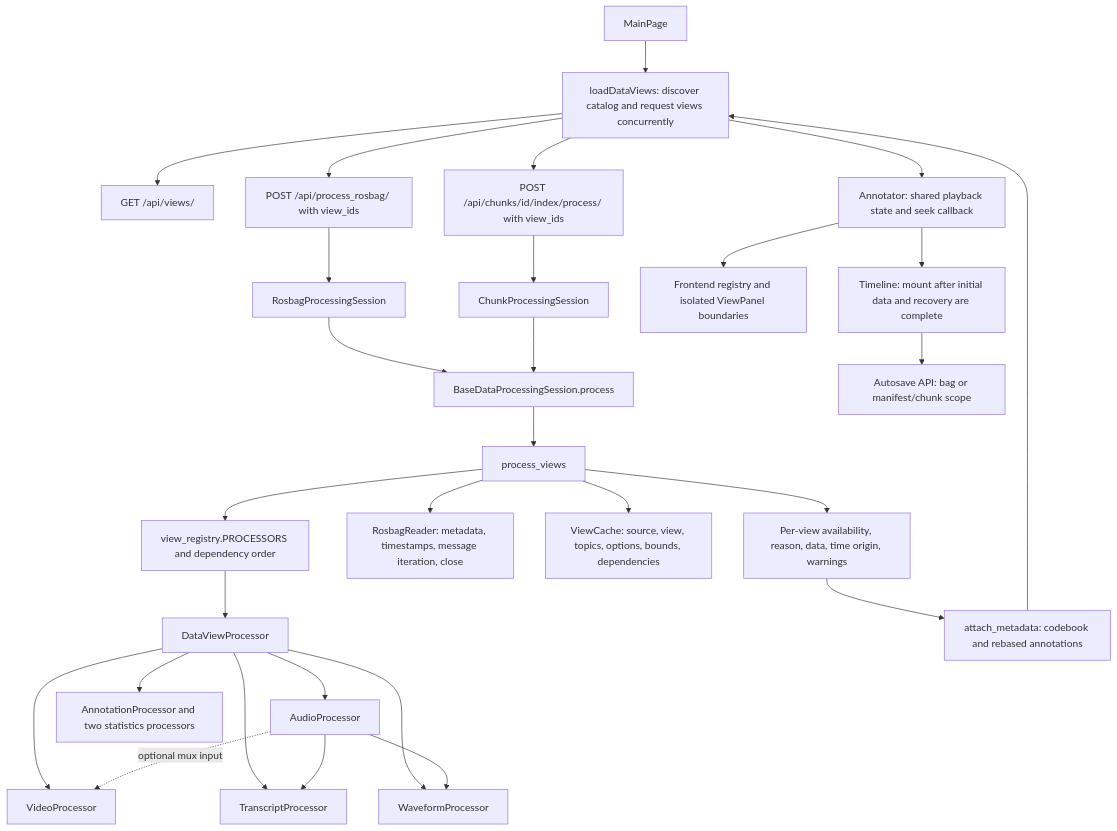
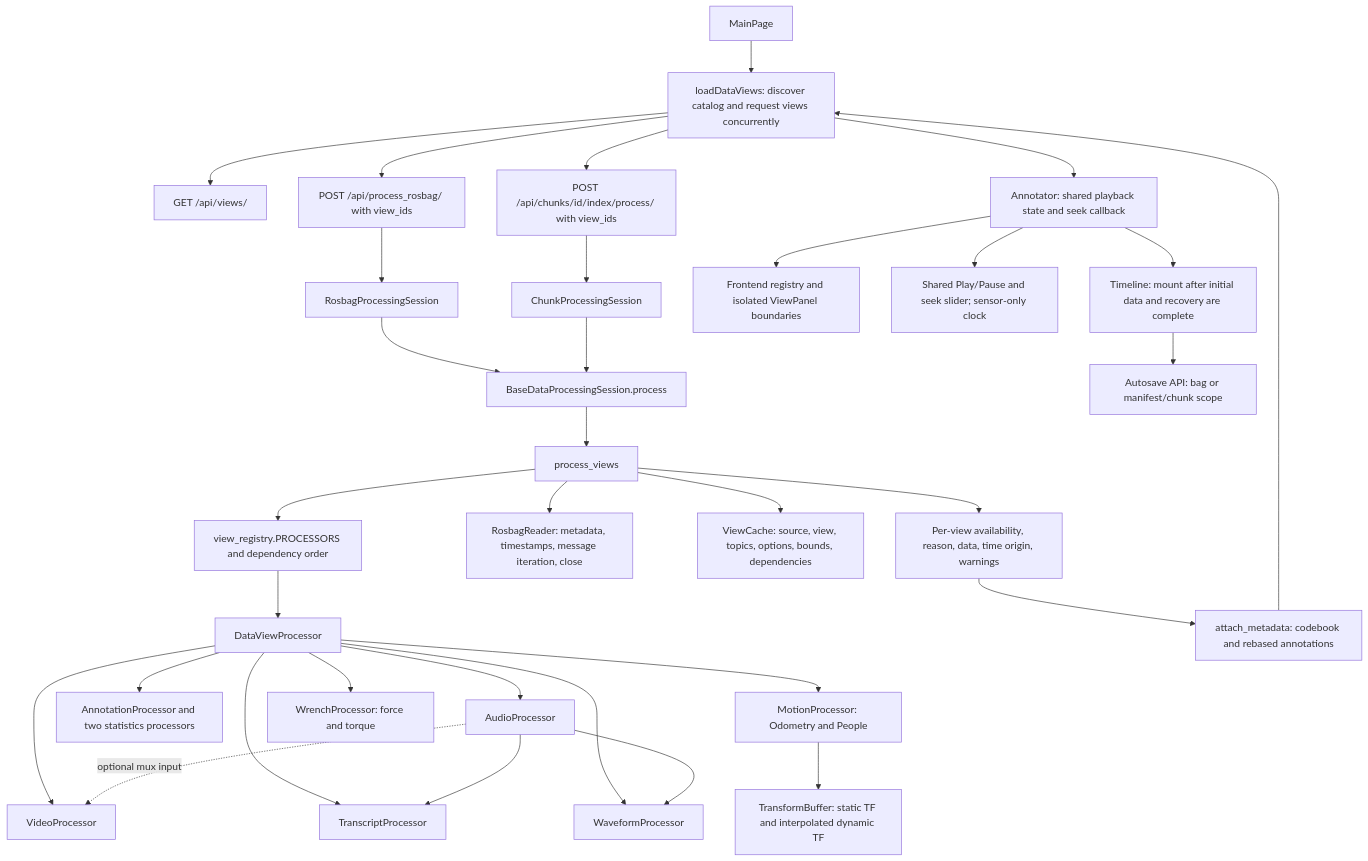
The first of 2 diagrams in docs/design-diagram.md (CHRI-Lab/ROSAnnotator), drawn with Mermaid before and after one commit. The commit also changed 29 other files, not shown here.

Commit message:
Add synchronized motion and wrench views and fix media playback

````diff
--- a/docs/design-diagram.md
+++ b/docs/design-diagram.md
@@ -5,31 +5,35 @@
 ```mermaid
 flowchart TD
     Main[MainPage] --> Loader[loadDataViews: discover catalog and request views concurrently]
     Loader --> Catalog[GET /api/views/]
     Loader --> Whole[POST /api/process_rosbag/ with view_ids]
     Loader --> Chunk[POST /api/chunks/id/index/process/ with view_ids]
     Whole --> WS[RosbagProcessingSession]
     Chunk --> CS[ChunkProcessingSession]
     WS --> Base[BaseDataProcessingSession.process]
     CS --> Base
     Base --> Workflow[process_views]
     Workflow --> Registry[view_registry.PROCESSORS and dependency order]
     Workflow --> Reader[RosbagReader: metadata, timestamps, message iteration, close]
     Workflow --> Cache[ViewCache: source, view, topics, options, bounds, dependencies]
     Registry --> Parent[DataViewProcessor]
     Parent --> Audio[AudioProcessor]
     Parent --> Video[VideoProcessor]
     Parent --> Transcript[TranscriptProcessor]
     Parent --> Waveform[WaveformProcessor]
     Parent --> Annotation[AnnotationProcessor and two statistics processors]
+    Parent --> Motion[MotionProcessor: Odometry and People]
+    Parent --> Wrench[WrenchProcessor: force and torque]
+    Motion --> TF[TransformBuffer: static TF and interpolated dynamic TF]
     Audio -. optional mux input .-> Video
     Audio --> Transcript
     Audio --> Waveform
     Workflow --> Contract[Per-view availability, reason, data, time origin, warnings]
     Contract --> Metadata[attach_metadata: codebook and rebased annotations]
     Metadata --> Loader
     Loader --> Annotator[Annotator: shared playback state and seek callback]
     Annotator --> Panels[Frontend registry and isolated ViewPanel boundaries]
+    Annotator --> Clock[Shared Play/Pause and seek slider; sensor-only clock]
     Annotator --> Timeline[Timeline: mount after initial data and recovery are complete]
     Timeline --> Recovery[Autosave API: bag or manifest/chunk scope]
 ```
````
